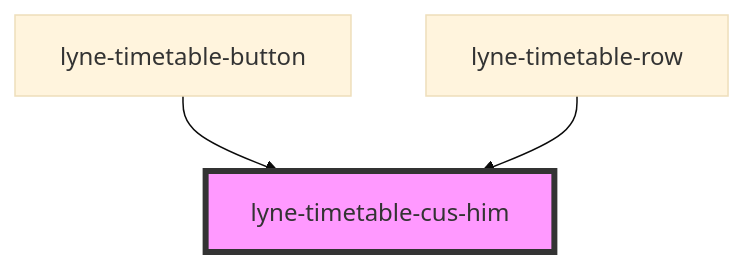
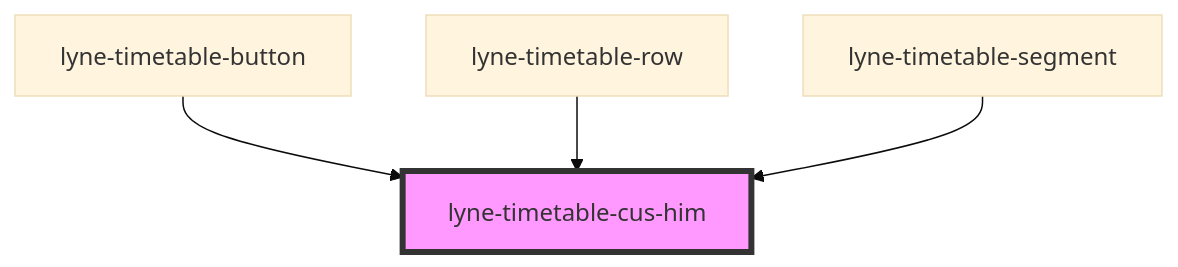
Before and after one commit to schlpbch/lyne-components: the diagram in src/components/lyne-timetable-cus-him/readme.md, drawn with Mermaid (base theme). The commit also changed other lines of this file and 7 other files, not shown here.

````diff
--- a/src/components/lyne-timetable-cus-him/readme.md
+++ b/src/components/lyne-timetable-cus-him/readme.md
@@ -25,6 +26,7 @@
 ```mermaid
 graph TD;
   lyne-timetable-button --> lyne-timetable-cus-him
   lyne-timetable-row --> lyne-timetable-cus-him
+  lyne-timetable-segment --> lyne-timetable-cus-him
   style lyne-timetable-cus-him fill:#f9f,stroke:#333,stroke-width:4px
 ```
````
